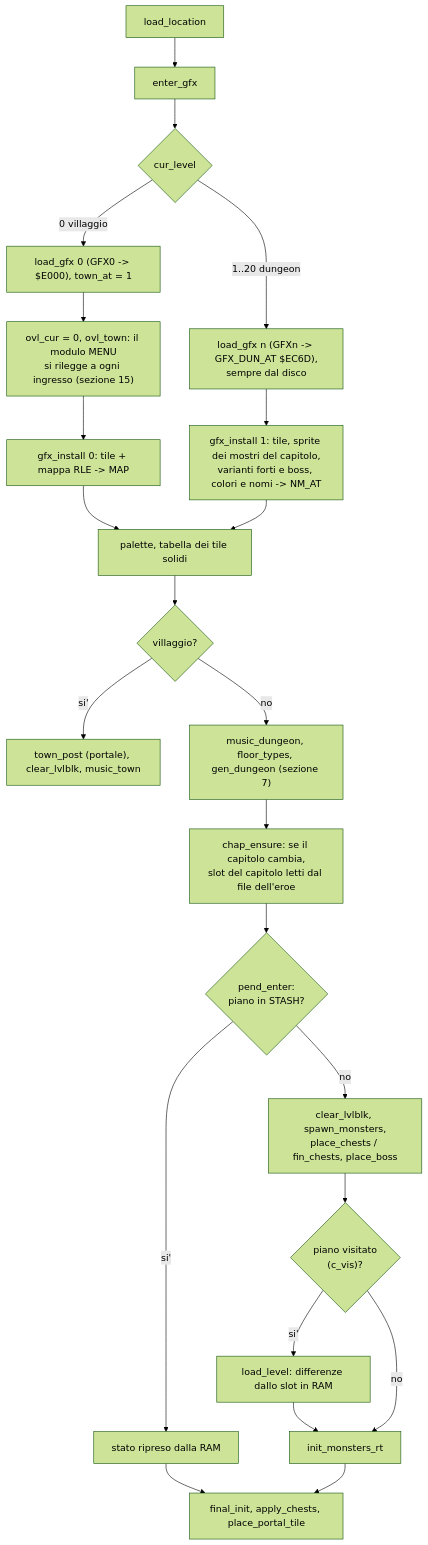
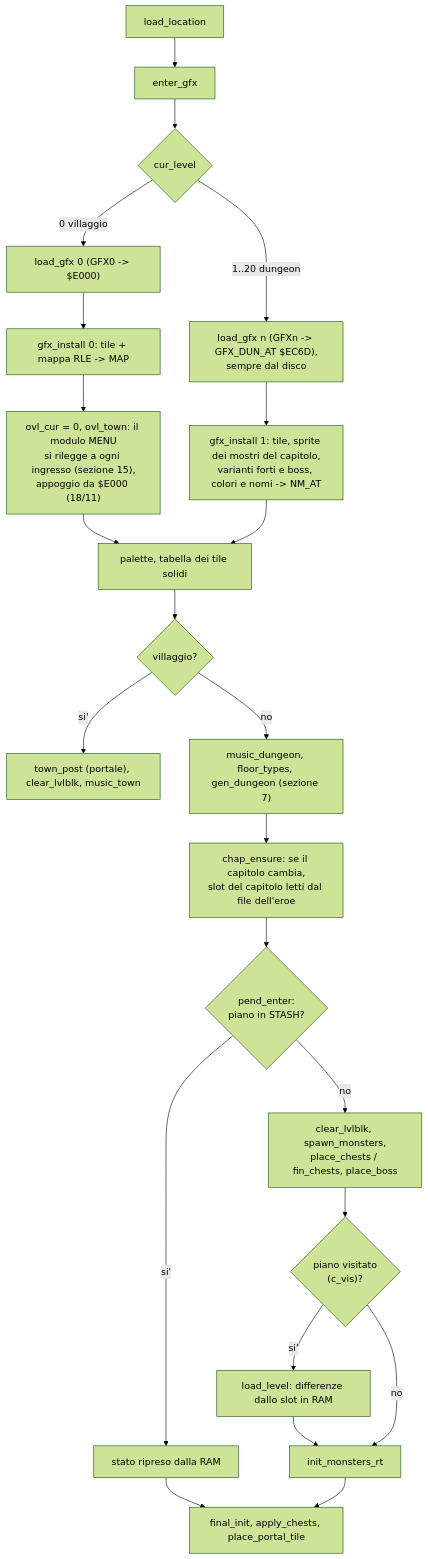
The seventh of 18 diagrams in docs/wiki/flussi.md (caporalesimone/barbarian-the-blood-path), drawn with Mermaid (forest theme) before and after one commit. The commit also changed other lines of this file and 12 other files, not shown here.

First line of the commit message:
Revisione R10: niente rilettura del villaggio dopo un salvataggio; MENU appoggiato da $E000

````diff
--- a/docs/wiki/flussi.md
+++ b/docs/wiki/flussi.md
@@ -169,24 +169,24 @@
 ```mermaid
 flowchart TD
     LL["load_location"] --> EG["enter_gfx"]
     EG --> V{"cur_level"}
-    V -->|"0 villaggio"| LG0["load_gfx 0 (GFX0 -> $E000), town_at = 1"] --> MN
-    MN["ovl_cur = 0, ovl_town: il modulo MENU<br/>si rilegge a ogni ingresso (sezione 15)"]
-    MN --> GI0["gfx_install 0: tile + mappa RLE -> MAP"]
+    V -->|"0 villaggio"| LG0["load_gfx 0 (GFX0 -> $E000)"] --> GI0
+    GI0["gfx_install 0: tile + mappa RLE -> MAP"] --> MN
+    MN["ovl_cur = 0, ovl_town: il modulo MENU<br/>si rilegge a ogni ingresso (sezione 15),<br/>appoggio da $E000 (18/11)"]
     V -->|"1..20 dungeon"| LGN["load_gfx n (GFXn -> GFX_DUN_AT $EC6D),<br/>sempre dal disco"]
     LGN --> GI1["gfx_install 1: tile, sprite dei mostri del capitolo,<br/>varianti forti e boss, colori e nomi -> NM_AT"]
-    GI0 --> PAL["palette, tabella dei tile solidi"]
+    MN --> PAL["palette, tabella dei tile solidi"]
     GI1 --> PAL
     PAL --> W2{"villaggio?"}
     W2 -->|si'| TP["town_post (portale), clear_lvlblk, music_town"]
     W2 -->|no| DG["music_dungeon, floor_types, gen_dungeon (sezione 7)"]
     DG --> CE["chap_ensure: se il capitolo cambia,<br/>slot del capitolo letti dal file dell'eroe"]
     CE --> PE{"pend_enter:<br/>piano in STASH?"}
     PE -->|si'| MEM["stato ripreso dalla RAM"]
     PE -->|no| CLR["clear_lvlblk, spawn_monsters,<br/>place_chests / fin_chests, place_boss"]
     CLR --> VB{"piano visitato<br/>(c_vis)?"}
     VB -->|si'| LDL["load_level: differenze dallo slot in RAM"] --> IR
     VB -->|no| IR["init_monsters_rt"]
     MEM --> FI
     IR --> FI["final_init, apply_chests, place_portal_tile"]
 ```
````
